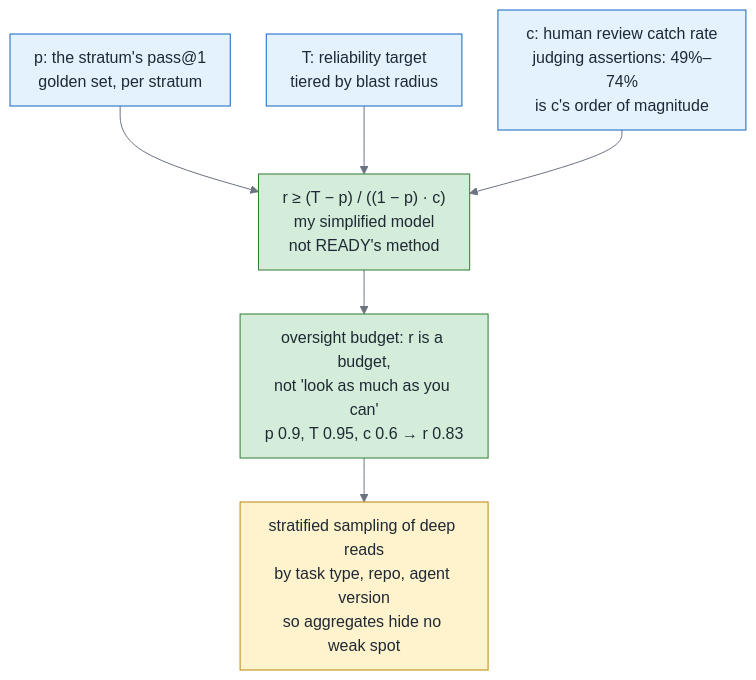
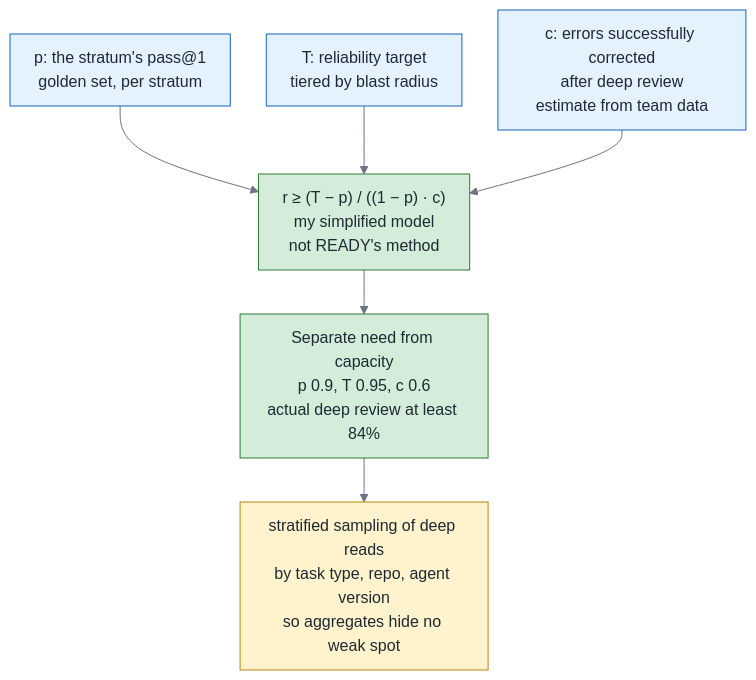
One commit to fantasybz/medium-articles changed the third of 4 diagrams in 2026-10-green-reliability/article.en.md. Above: the diagram before and after it, drawn with Mermaid. The commit also changed other lines of this file and 93 other files, not shown here.

````diff
--- a/2026-10-green-reliability/article.en.md
+++ b/2026-10-green-reliability/article.en.md
@@ -304,39 +304,39 @@
 ```mermaid
 ---
 config:
   theme: base
   themeVariables:
     fontSize: 16px
     primaryColor: "#f8f9fa"
     primaryTextColor: "#1f2933"
     primaryBorderColor: "#6b7280"
     lineColor: "#6b7280"
     secondaryColor: "#f8f9fa"
     tertiaryColor: "#ffffff"
     clusterBkg: "#ffffff"
     clusterBorder: "#9ca3af"
     edgeLabelBackground: "#ffffff"
   flowchart:
     nodeSpacing: 36
     rankSpacing: 44
     padding: 12
     htmlLabels: true
     subGraphTitleMargin:
       top: 8
       bottom: 12
     curve: basis
 ---
 flowchart TB
     classDef own fill:#d4edda,stroke:#2e7d32,color:#1f2933
     classDef buy fill:#fff3cd,stroke:#b8860b,color:#1f2933
     classDef bad fill:#ffe0e0,stroke:#c0392b,color:#1f2933
     classDef human fill:#e3f2fd,stroke:#1565c0,color:#1f2933
     I1["p: the stratum's pass@1<br/>golden set, per stratum"] --> F["r ≥ (T − p) / ((1 − p) · c)<br/>my simplified model<br/>not READY's method"]
     I2["T: reliability target<br/>tiered by blast radius"] --> F
-    I3["c: human review catch rate<br/>judging assertions: 49%–74%<br/>is c's order of magnitude"] --> F
-    F --> O["oversight budget: r is a budget,<br/>not 'look as much as you can'<br/>p 0.9, T 0.95, c 0.6 → r 0.83"]
+    I3["c: errors successfully corrected<br/>after deep review<br/>estimate from team data"] --> F
+    F --> O["Separate need from capacity<br/>p 0.9, T 0.95, c 0.6<br/>actual deep review at least 84%"]
     O --> S["stratified sampling of deep reads<br/>by task type, repo, agent version<br/>so aggregates hide no weak spot"]
     class I1,I2,I3 human
     class F,O own
     class S buy
 ```
````
